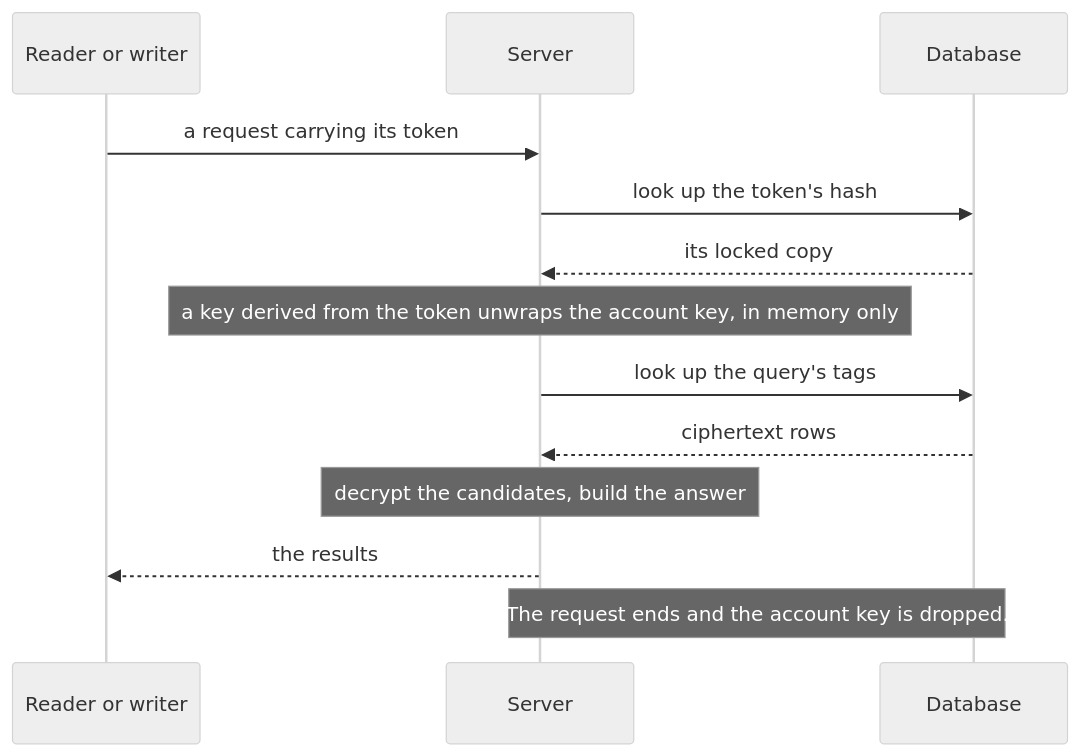
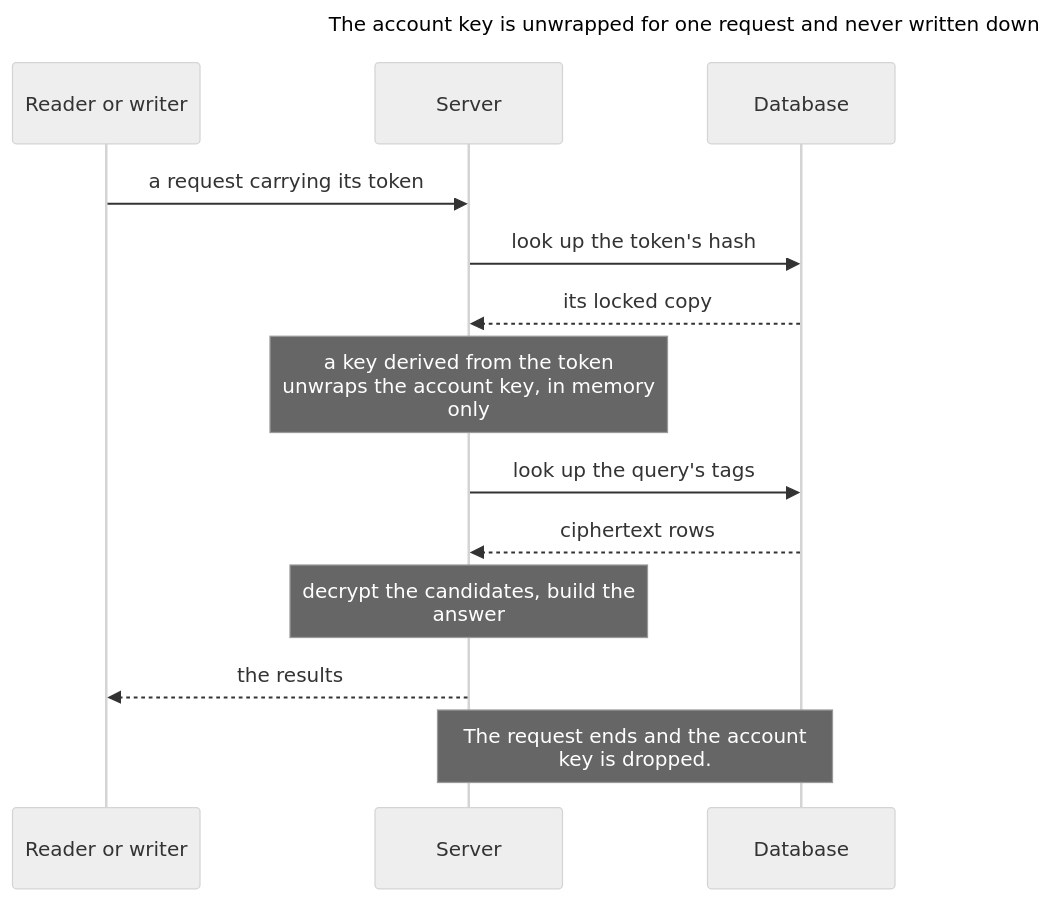
The third of 11 diagrams in chapters/07-how-it-works.md (ajs-consult-llc/mirror-encryption-rfc), drawn with Mermaid (neutral theme) before and after one commit. The commit also changed other lines of this file and 23 other files, not shown here.

First line of the commit message:
Diagrams that read: titles, short lines, vertical layouts

````diff
--- a/chapters/07-how-it-works.md
+++ b/chapters/07-how-it-works.md
@@ -62,17 +76,20 @@
 ```mermaid
+---
+title: "The account key is unwrapped for one request and never written down"
+---
 sequenceDiagram
   accTitle: The account key is unwrapped for one request and never written down
   accDescr: Read. A reader or writer sends a request carrying its token. The server looks up the token's hash in the database and gets back its locked copy. A key derived from the token unwraps the account key, in memory only. The server looks up the query's tags and gets back ciphertext rows, decrypts the candidates and builds the answer, and returns the results. The request ends and the account key is dropped.
   participant R as Reader or writer
   participant S as Server
   participant DB as Database
   R->>S: a request carrying its token
   S->>DB: look up the token's hash
   DB-->>S: its locked copy
-  Note over S: a key derived from the token unwraps the account key, in memory only
+  Note over S: a key derived from the token<br/>unwraps the account key, in memory<br/>only
   S->>DB: look up the query's tags
   DB-->>S: ciphertext rows
-  Note over S: decrypt the candidates, build the answer
+  Note over S: decrypt the candidates, build the<br/>answer
   S-->>R: the results
-  Note over S,DB: The request ends and the account key is dropped.
+  Note over S,DB: The request ends and the account<br/>key is dropped.
 ```
````
